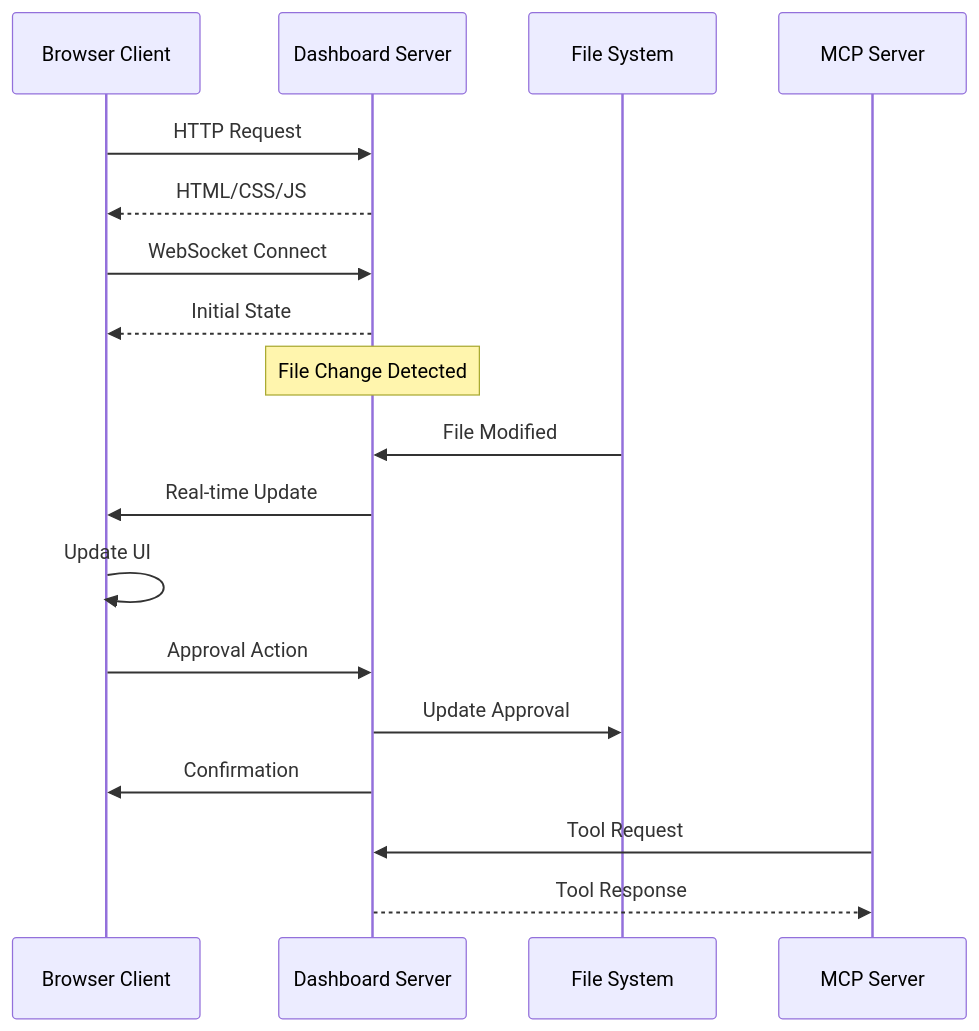
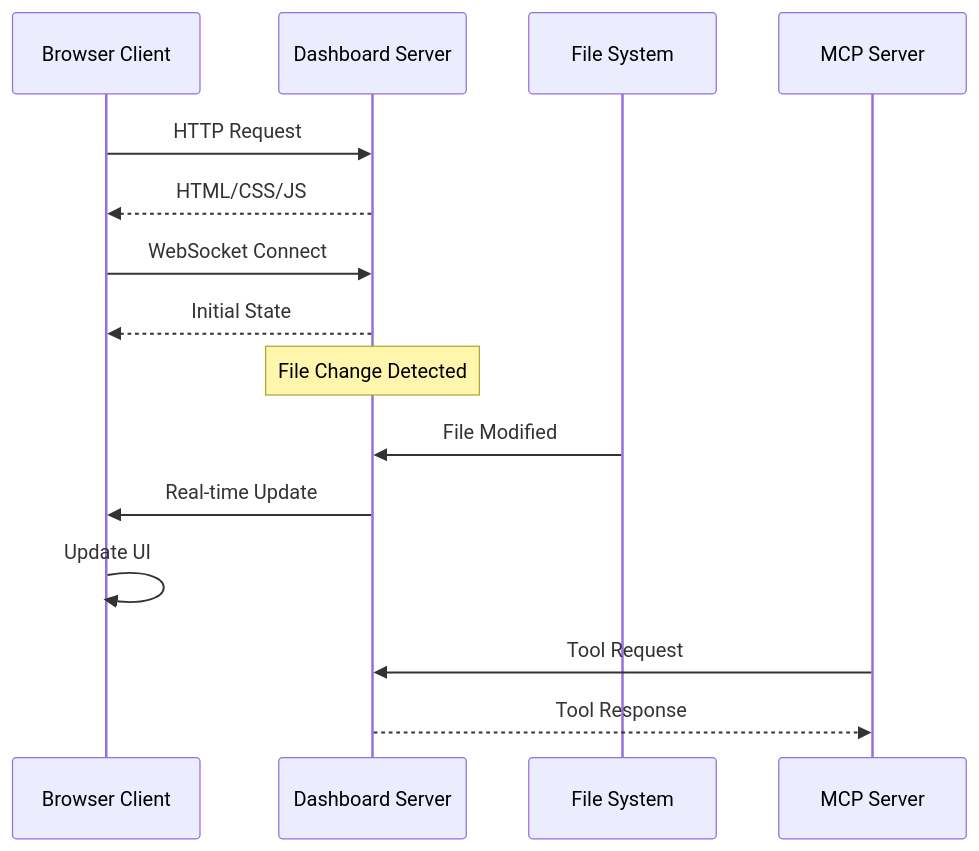
Before and after one commit to sana3419/spec-workflow-mcp: the diagram in docs/technical-documentation/dashboard.md, drawn with Mermaid. The commit also changed other lines of this file and 26 other files, not shown here.

````diff
--- a/docs/technical-documentation/dashboard.md
+++ b/docs/technical-documentation/dashboard.md
@@ -31,25 +30,21 @@
 ```mermaid
 sequenceDiagram
     participant Browser as Browser Client
     participant Server as Dashboard Server  
     participant FS as File System
     participant MCP as MCP Server
     
     Browser->>Server: HTTP Request
     Server-->>Browser: HTML/CSS/JS
     
     Browser->>Server: WebSocket Connect
     Server-->>Browser: Initial State
     
     Note over Server: File Change Detected
     FS->>Server: File Modified
     Server->>Browser: Real-time Update
     Browser->>Browser: Update UI
     
-    Browser->>Server: Approval Action
-    Server->>FS: Update Approval
-    Server->>Browser: Confirmation
-    
     MCP->>Server: Tool Request
     Server-->>MCP: Tool Response
 ```
````
